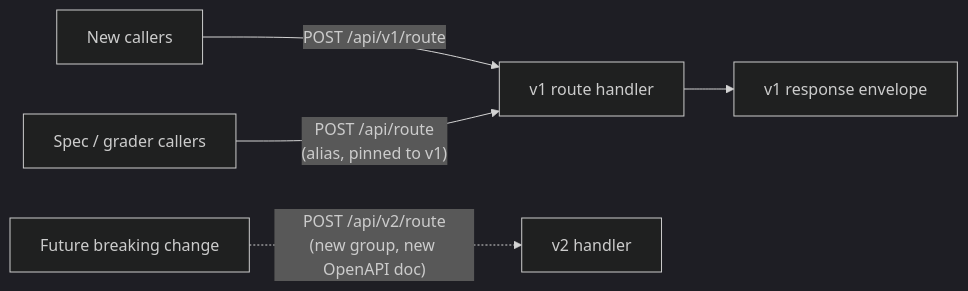
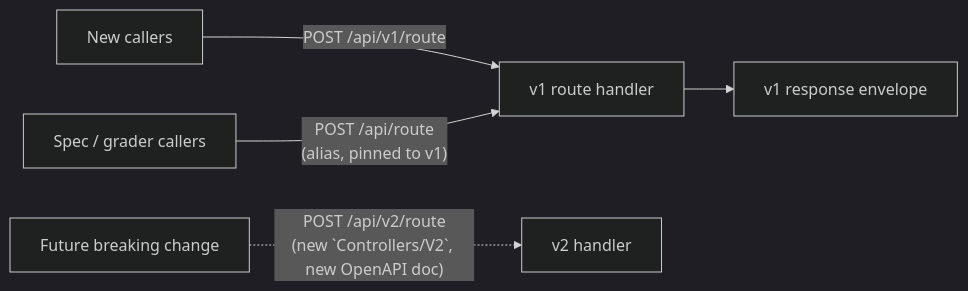
One commit to ricardochaidez/order-router changed the first of 3 diagrams in Docs/ADRs/ADR-0004-response-contract-evolution.md. Above: the diagram before and after it, drawn with Mermaid (dark theme). The commit also changed other lines of this file and 41 other files, not shown here.

````diff
--- a/Docs/ADRs/ADR-0004-response-contract-evolution.md
+++ b/Docs/ADRs/ADR-0004-response-contract-evolution.md
@@ -51,7 +51,7 @@
 ```mermaid
 flowchart LR
     C1[New callers] -- "POST /api/v1/route" --> V1[v1 route handler]
     C2[Spec / grader callers] -- "POST /api/route<br/>(alias, pinned to v1)" --> V1
     V1 --> E[v1 response envelope]
-    FUT[Future breaking change] -. "POST /api/v2/route<br/>(new group, new OpenAPI doc)" .-> V2[v2 handler]
+    FUT[Future breaking change] -. "POST /api/v2/route<br/>(new `Controllers/V2`, new OpenAPI doc)" .-> V2[v2 handler]
 ```
````
